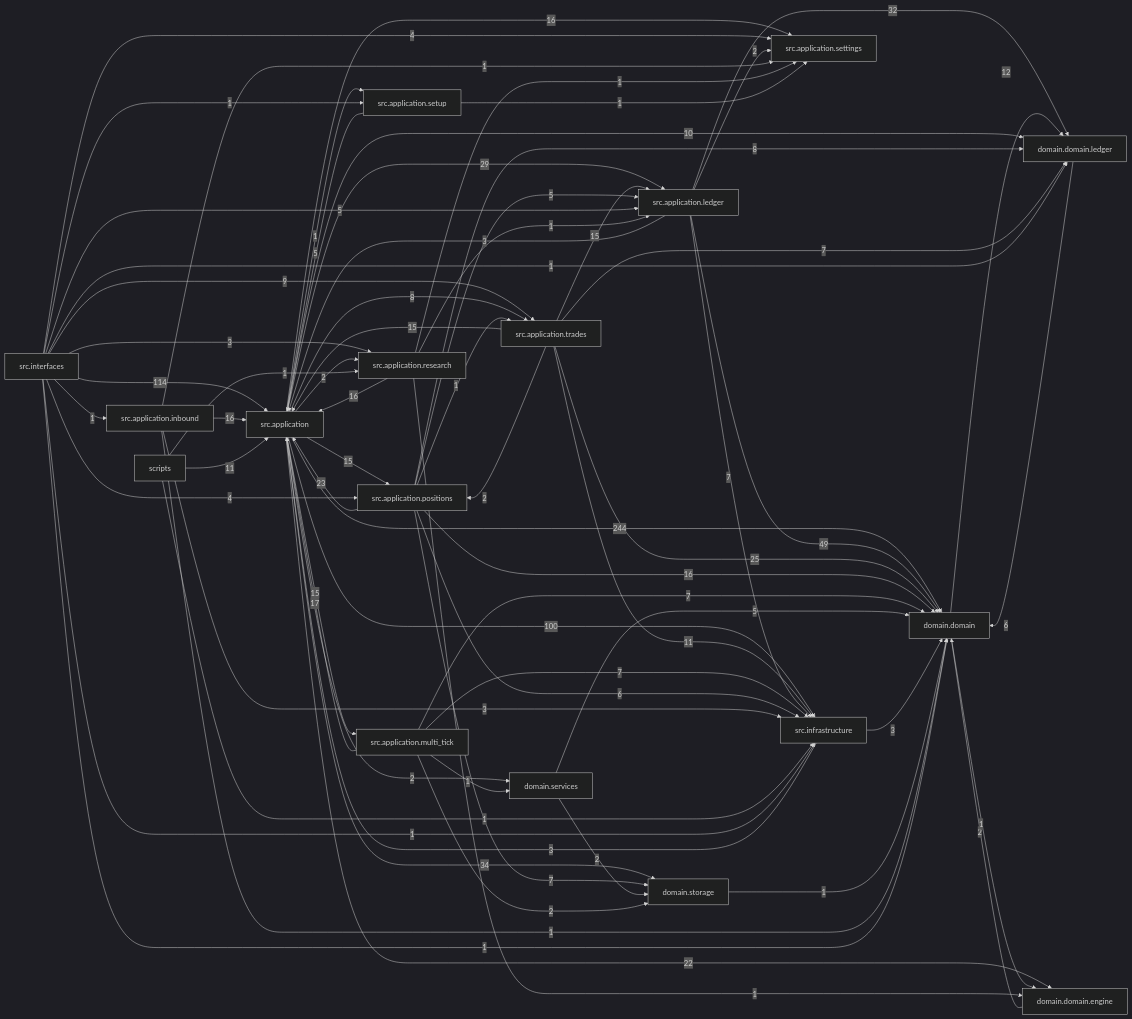
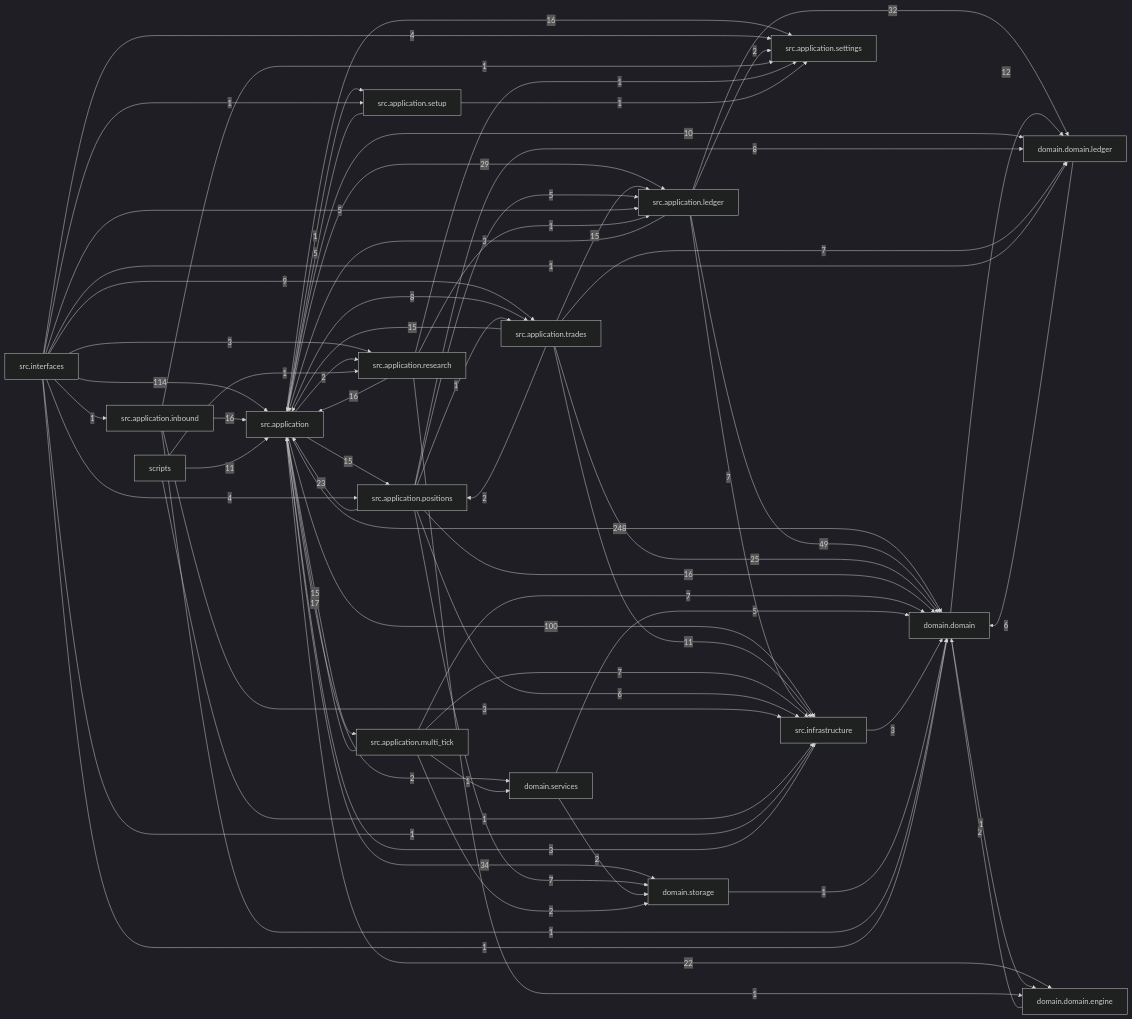
Before and after one commit to liuxie066/options-monitor: the diagram in docs/dependency_graph.mmd, drawn with Mermaid (dark theme). The commit also changed 54 other files, not shown here.

```diff
--- a/docs/dependency_graph.mmd
+++ b/docs/dependency_graph.mmd
@@ -1,70 +1,70 @@
 flowchart LR
-  src_application["src.application"] -->|244| domain_domain["domain.domain"]
+  src_application["src.application"] -->|248| domain_domain["domain.domain"]
   src_interfaces["src.interfaces"] -->|114| src_application["src.application"]
   src_application["src.application"] -->|100| src_infrastructure["src.infrastructure"]
   src_application_ledger["src.application.ledger"] -->|49| domain_domain["domain.domain"]
   src_application["src.application"] -->|34| domain_storage["domain.storage"]
   src_application_ledger["src.application.ledger"] -->|32| domain_domain_ledger["domain.domain.ledger"]
   src_application["src.application"] -->|29| src_application_ledger["src.application.ledger"]
   src_application_trades["src.application.trades"] -->|25| domain_domain["domain.domain"]
   src_application_positions["src.application.positions"] -->|23| src_application["src.application"]
   src_application["src.application"] -->|22| domain_domain_engine["domain.domain.engine"]
   src_application_multi_tick["src.application.multi_tick"] -->|17| src_application["src.application"]
   src_application["src.application"] -->|16| src_application_settings["src.application.settings"]
   src_application_inbound["src.application.inbound"] -->|16| src_application["src.application"]
   src_application_positions["src.application.positions"] -->|16| domain_domain["domain.domain"]
   src_application_research["src.application.research"] -->|16| src_application["src.application"]
   src_application["src.application"] -->|15| src_application_multi_tick["src.application.multi_tick"]
   src_application["src.application"] -->|15| src_application_positions["src.application.positions"]
   src_application_trades["src.application.trades"] -->|15| src_application["src.application"]
   src_application_trades["src.application.trades"] -->|15| src_application_ledger["src.application.ledger"]
   domain_domain["domain.domain"] -->|12| domain_domain_ledger["domain.domain.ledger"]
   scripts["scripts"] -->|11| src_application["src.application"]
   src_application_trades["src.application.trades"] -->|11| src_infrastructure["src.infrastructure"]
   src_application["src.application"] -->|10| domain_domain_ledger["domain.domain.ledger"]
   src_interfaces["src.interfaces"] -->|9| src_application_trades["src.application.trades"]
   src_application["src.application"] -->|8| src_application_trades["src.application.trades"]
   src_application_positions["src.application.positions"] -->|8| domain_domain_ledger["domain.domain.ledger"]
   src_application_ledger["src.application.ledger"] -->|7| src_infrastructure["src.infrastructure"]
   src_application_multi_tick["src.application.multi_tick"] -->|7| domain_domain["domain.domain"]
   src_application_multi_tick["src.application.multi_tick"] -->|7| src_infrastructure["src.infrastructure"]
   src_application_positions["src.application.positions"] -->|7| domain_storage["domain.storage"]
   src_application_trades["src.application.trades"] -->|7| domain_domain_ledger["domain.domain.ledger"]
   domain_domain_ledger["domain.domain.ledger"] -->|6| domain_domain["domain.domain"]
   src_application_positions["src.application.positions"] -->|6| src_infrastructure["src.infrastructure"]
   domain_services["domain.services"] -->|5| domain_domain["domain.domain"]
   src_application_positions["src.application.positions"] -->|5| src_application_ledger["src.application.ledger"]
   src_application_setup["src.application.setup"] -->|5| src_application["src.application"]
   src_interfaces["src.interfaces"] -->|5| src_application_ledger["src.application.ledger"]
   src_interfaces["src.interfaces"] -->|4| src_application_positions["src.application.positions"]
   src_interfaces["src.interfaces"] -->|4| src_application_settings["src.application.settings"]
   src_application_inbound["src.application.inbound"] -->|3| src_infrastructure["src.infrastructure"]
   src_application_ledger["src.application.ledger"] -->|3| src_application["src.application"]
   src_infrastructure["src.infrastructure"] -->|3| domain_domain["domain.domain"]
   src_infrastructure["src.infrastructure"] -->|3| src_application["src.application"]
   src_interfaces["src.interfaces"] -->|3| src_application_research["src.application.research"]
   domain_domain_engine["domain.domain.engine"] -->|2| domain_domain["domain.domain"]
   domain_services["domain.services"] -->|2| domain_storage["domain.storage"]
   src_application["src.application"] -->|2| domain_services["domain.services"]
   src_application["src.application"] -->|2| src_application_research["src.application.research"]
   src_application_ledger["src.application.ledger"] -->|2| src_application_settings["src.application.settings"]
   src_application_multi_tick["src.application.multi_tick"] -->|2| domain_storage["domain.storage"]
   src_application_trades["src.application.trades"] -->|2| src_application_positions["src.application.positions"]
   domain_domain["domain.domain"] -->|1| domain_domain_engine["domain.domain.engine"]
   domain_storage["domain.storage"] -->|1| domain_domain["domain.domain"]
   scripts["scripts"] -->|1| src_application_research["src.application.research"]
   scripts["scripts"] -->|1| src_infrastructure["src.infrastructure"]
   src_application["src.application"] -->|1| src_application_setup["src.application.setup"]
   src_application_inbound["src.application.inbound"] -->|1| domain_domain["domain.domain"]
   src_application_inbound["src.application.inbound"] -->|1| src_application_settings["src.application.settings"]
   src_application_multi_tick["src.application.multi_tick"] -->|1| domain_services["domain.services"]
   src_application_positions["src.application.positions"] -->|1| src_application_trades["src.application.trades"]
   src_application_research["src.application.research"] -->|1| domain_domain_engine["domain.domain.engine"]
   src_application_research["src.application.research"] -->|1| src_application_ledger["src.application.ledger"]
   src_application_research["src.application.research"] -->|1| src_application_settings["src.application.settings"]
   src_application_setup["src.application.setup"] -->|1| src_application_settings["src.application.settings"]
   src_interfaces["src.interfaces"] -->|1| domain_domain["domain.domain"]
   src_interfaces["src.interfaces"] -->|1| domain_domain_ledger["domain.domain.ledger"]
   src_interfaces["src.interfaces"] -->|1| src_application_inbound["src.application.inbound"]
   src_interfaces["src.interfaces"] -->|1| src_application_setup["src.application.setup"]
   src_interfaces["src.interfaces"] -->|1| src_infrastructure["src.infrastructure"]
```
